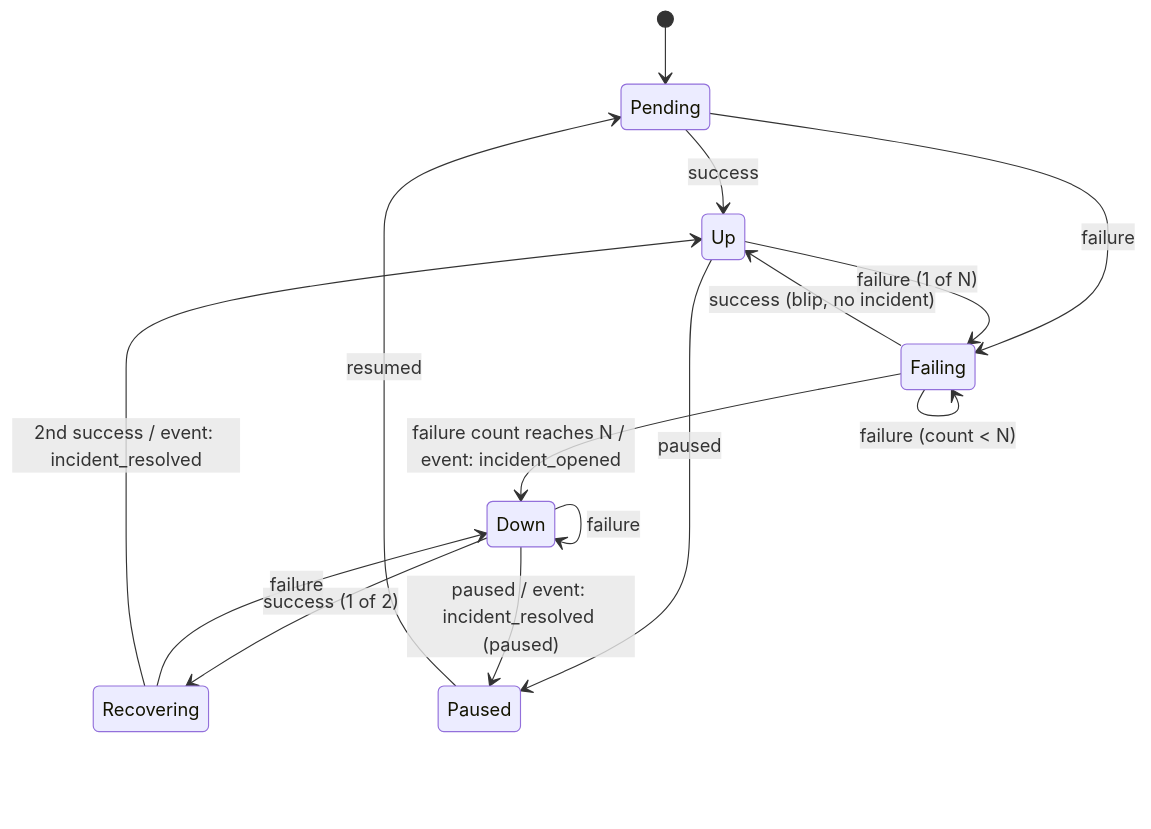
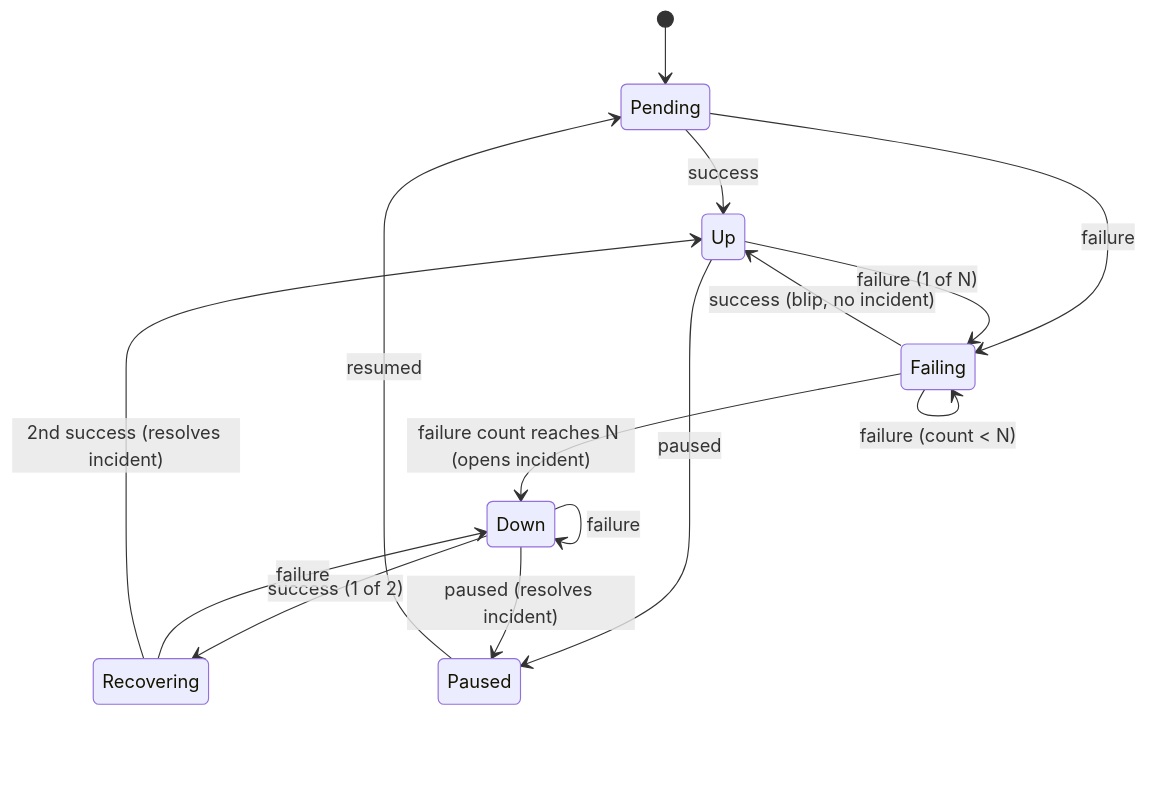
The second of 2 diagrams in docs/ARCHITECTURE.md (EthanYap123/pulse), drawn with Mermaid before and after one commit. The commit also changed 3 other files, not shown here.

First line of the commit message:
docs: add ERD and API contract (#10)

````diff
--- a/docs/ARCHITECTURE.md
+++ b/docs/ARCHITECTURE.md
@@ -112,17 +112,17 @@
 ```mermaid
 stateDiagram-v2
   [*] --> Pending
   Pending --> Up: success
   Pending --> Failing: failure
   Up --> Failing: failure (1 of N)
   Failing --> Failing: failure (count < N)
   Failing --> Up: success (blip, no incident)
-  Failing --> Down: failure count reaches N / event: incident_opened
+  Failing --> Down: failure count reaches N (opens incident)
   Down --> Down: failure
   Down --> Recovering: success (1 of 2)
   Recovering --> Down: failure
-  Recovering --> Up: 2nd success / event: incident_resolved
+  Recovering --> Up: 2nd success (resolves incident)
   Up --> Paused: paused
-  Down --> Paused: paused / event: incident_resolved (paused)
+  Down --> Paused: paused (resolves incident)
   Paused --> Pending: resumed
 ```
````
